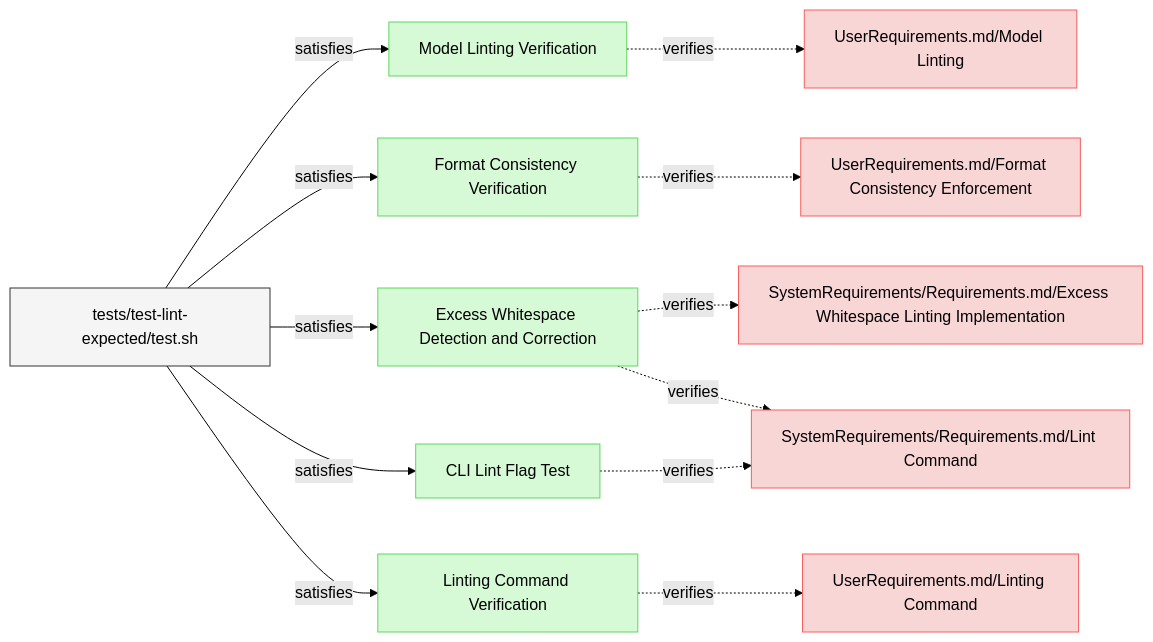
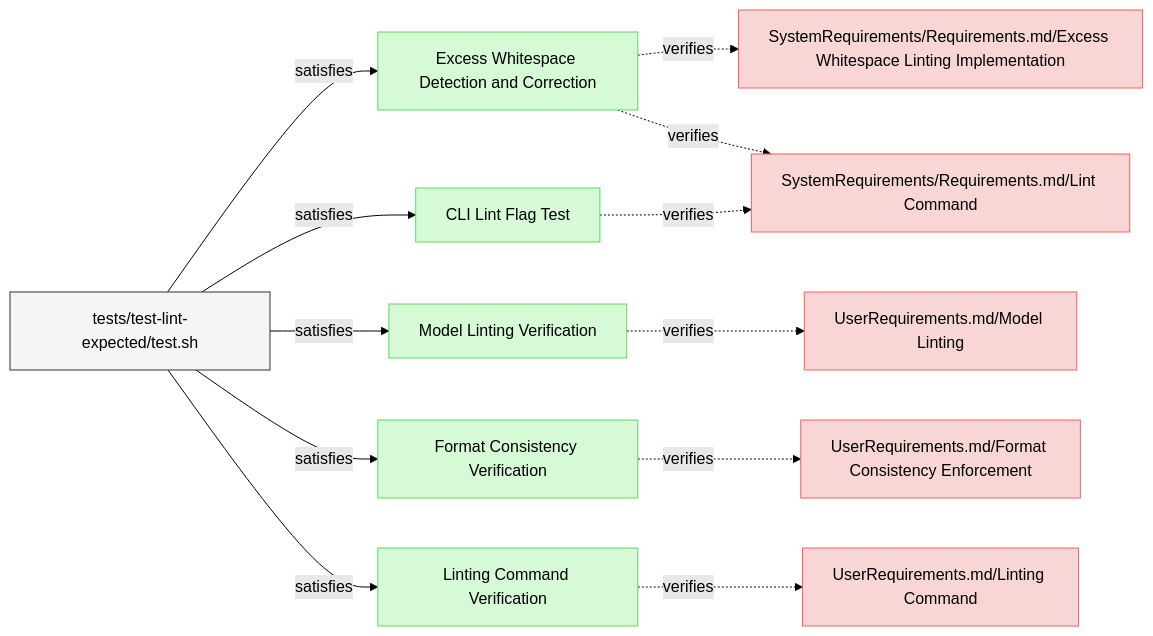
Before and after one commit to reqvire-org/reqvire: the first of 3 diagrams in specifications/Verifications/LintingTests.md, drawn with Mermaid (forest theme). The commit also changed other lines of this file and 14 other files, not shown here.

Commit message:
Diagrams updated.

````diff
--- a/specifications/Verifications/LintingTests.md
+++ b/specifications/Verifications/LintingTests.md
@@ -6,65 +6,65 @@
 ```mermaid
 graph LR;
   %% Graph styling
   classDef requirement fill:#f9d6d6,stroke:#f55f5f,stroke-width:1px;
   classDef verification fill:#d6f9d6,stroke:#5fd75f,stroke-width:1px;
   classDef externalLink fill:#d0e0ff,stroke:#3080ff,stroke-width:1px;
   classDef default fill:#f5f5f5,stroke:#333333,stroke-width:1px;
 
+  37dbb69e504fec9d["Excess Whitespace Detection and Correction"];
+  class 37dbb69e504fec9d verification;
+  click 37dbb69e504fec9d "LintingTests.md#excess-whitespace-detection-and-correction";
+  9f473f6e0b993cac["SystemRequirements/Requirements.md/Excess Whitespace Linting Implementation"];
+  class 9f473f6e0b993cac requirement;
+  click 9f473f6e0b993cac "../SystemRequirements/Requirements.md#excess-whitespace-linting-implementation";
+  37dbb69e504fec9d -.->|verifies| 9f473f6e0b993cac;
+  deaec107945edbed["SystemRequirements/Requirements.md/Lint Command"];
+  class deaec107945edbed requirement;
+  click deaec107945edbed "../SystemRequirements/Requirements.md#lint-command";
+  37dbb69e504fec9d -.->|verifies| deaec107945edbed;
+  a606311f33e42901["tests/test-lint-expected/test.sh"];
+  class a606311f33e42901 default;
+  click a606311f33e42901 "../../tests/test-lint-expected/test.sh";
+  a606311f33e42901 -->|satisfies| 37dbb69e504fec9d;
+  706dca24b7cc1eb8["CLI Lint Flag Test"];
+  class 706dca24b7cc1eb8 verification;
+  click 706dca24b7cc1eb8 "LintingTests.md#cli-lint-flag-test";
+  706dca24b7cc1eb8 -.->|verifies| deaec107945edbed;
+  a606311f33e42901["tests/test-lint-expected/test.sh"];
+  class a606311f33e42901 default;
+  click a606311f33e42901 "../../tests/test-lint-expected/test.sh";
+  a606311f33e42901 -->|satisfies| 706dca24b7cc1eb8;
   6481e4ca8c4d6920["Model Linting Verification"];
   class 6481e4ca8c4d6920 verification;
   click 6481e4ca8c4d6920 "LintingTests.md#model-linting-verification";
   7305c1d6f7f1e2b2["UserRequirements.md/Model Linting"];
   class 7305c1d6f7f1e2b2 requirement;
   click 7305c1d6f7f1e2b2 "../UserRequirements.md#model-linting";
   6481e4ca8c4d6920 -.->|verifies| 7305c1d6f7f1e2b2;
   a606311f33e42901["tests/test-lint-expected/test.sh"];
   class a606311f33e42901 default;
   click a606311f33e42901 "../../tests/test-lint-expected/test.sh";
   a606311f33e42901 -->|satisfies| 6481e4ca8c4d6920;
   b8bfbd5ccf026b31["Format Consistency Verification"];
   class b8bfbd5ccf026b31 verification;
   click b8bfbd5ccf026b31 "LintingTests.md#format-consistency-verification";
   974ccf933675ef44["UserRequirements.md/Format Consistency Enforcement"];
   class 974ccf933675ef44 requirement;
   click 974ccf933675ef44 "../UserRequirements.md#format-consistency-enforcement";
   b8bfbd5ccf026b31 -.->|verifies| 974ccf933675ef44;
   a606311f33e42901["tests/test-lint-expected/test.sh"];
   class a606311f33e42901 default;
   click a606311f33e42901 "../../tests/test-lint-expected/test.sh";
   a606311f33e42901 -->|satisfies| b8bfbd5ccf026b31;
-  37dbb69e504fec9d["Excess Whitespace Detection and Correction"];
-  class 37dbb69e504fec9d verification;
-  click 37dbb69e504fec9d "LintingTests.md#excess-whitespace-detection-and-correction";
-  9f473f6e0b993cac["SystemRequirements/Requirements.md/Excess Whitespace Linting Implementation"];
-  class 9f473f6e0b993cac requirement;
-  click 9f473f6e0b993cac "../SystemRequirements/Requirements.md#excess-whitespace-linting-implementation";
-  37dbb69e504fec9d -.->|verifies| 9f473f6e0b993cac;
-  deaec107945edbed["SystemRequirements/Requirements.md/Lint Command"];
-  class deaec107945edbed requirement;
-  click deaec107945edbed "../SystemRequirements/Requirements.md#lint-command";
-  37dbb69e504fec9d -.->|verifies| deaec107945edbed;
-  a606311f33e42901["tests/test-lint-expected/test.sh"];
-  class a606311f33e42901 default;
-  click a606311f33e42901 "../../tests/test-lint-expected/test.sh";
-  a606311f33e42901 -->|satisfies| 37dbb69e504fec9d;
   a8037b2df81f02be["Linting Command Verification"];
   class a8037b2df81f02be verification;
   click a8037b2df81f02be "LintingTests.md#linting-command-verification";
   a51179cda67cf9f2["UserRequirements.md/Linting Command"];
   class a51179cda67cf9f2 requirement;
   click a51179cda67cf9f2 "../UserRequirements.md#linting-command";
   a8037b2df81f02be -.->|verifies| a51179cda67cf9f2;
   a606311f33e42901["tests/test-lint-expected/test.sh"];
   class a606311f33e42901 default;
   click a606311f33e42901 "../../tests/test-lint-expected/test.sh";
   a606311f33e42901 -->|satisfies| a8037b2df81f02be;
-  706dca24b7cc1eb8["CLI Lint Flag Test"];
-  class 706dca24b7cc1eb8 verification;
-  click 706dca24b7cc1eb8 "LintingTests.md#cli-lint-flag-test";
-  706dca24b7cc1eb8 -.->|verifies| deaec107945edbed;
-  a606311f33e42901["tests/test-lint-expected/test.sh"];
-  class a606311f33e42901 default;
-  click a606311f33e42901 "../../tests/test-lint-expected/test.sh";
-  a606311f33e42901 -->|satisfies| 706dca24b7cc1eb8;
 ```
````
